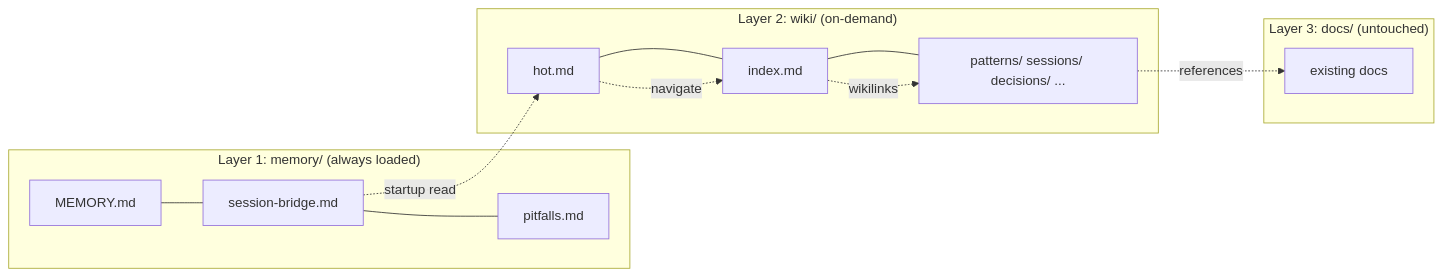
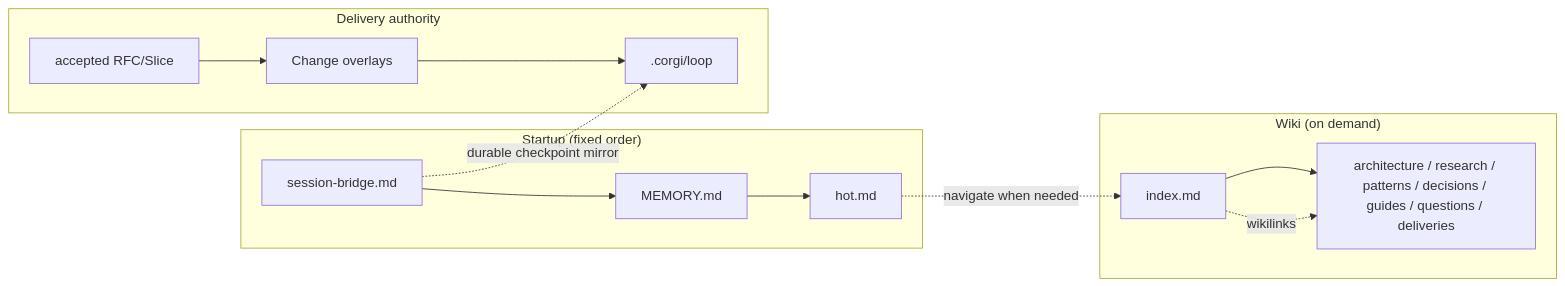
The diagram in README.md (ricoyudog/Coding_Corgi_flow), drawn with Mermaid before and after one commit. The commit also changed other lines of this file and 263 other files, not shown here.

````diff
--- a/README.md
+++ b/README.md
@@ -238,17 +238,16 @@
 ```mermaid
 flowchart LR
-    subgraph "Layer 1: memory/ (always loaded)"
-        A["MEMORY.md"] --- B["session-bridge.md"] --- C["pitfalls.md"]
+    subgraph "Startup (fixed order)"
+        B["session-bridge.md"] --> A["MEMORY.md"] --> D["hot.md"]
     end
-    subgraph "Layer 2: wiki/ (on-demand)"
-        D["hot.md"] --- E["index.md"] --- F["patterns/ sessions/ decisions/ ..."]
+    subgraph "Wiki (on demand)"
+        E["index.md"] --> F["architecture / research / patterns / decisions / guides / questions / deliveries"]
     end
-    subgraph "Layer 3: docs/ (untouched)"
-        G["existing docs"]
+    subgraph "Delivery authority"
+        G["accepted RFC/Slice"] --> H["Change overlays"] --> I[".corgi/loop"]
     end
 
-    B -.->|"startup read"| D
-    D -.->|"navigate"| E
+    D -.->|"navigate when needed"| E
     E -.->|"wikilinks"| F
-    F -.->|"references"| G
+    B -.->|"durable checkpoint mirror"| I
 ```
````
